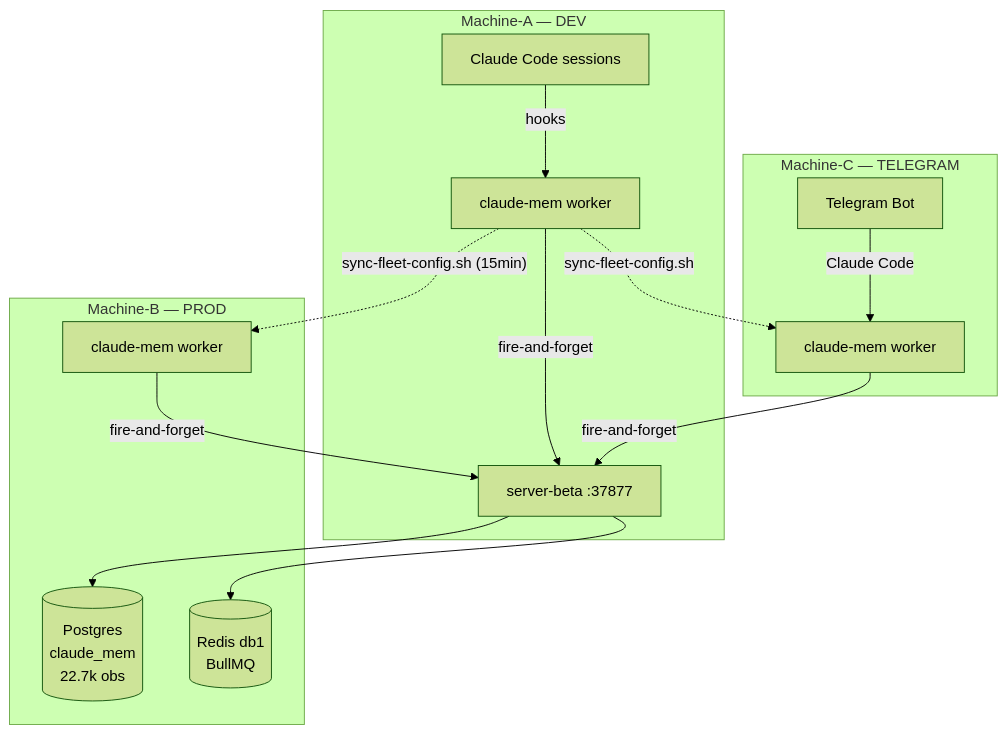
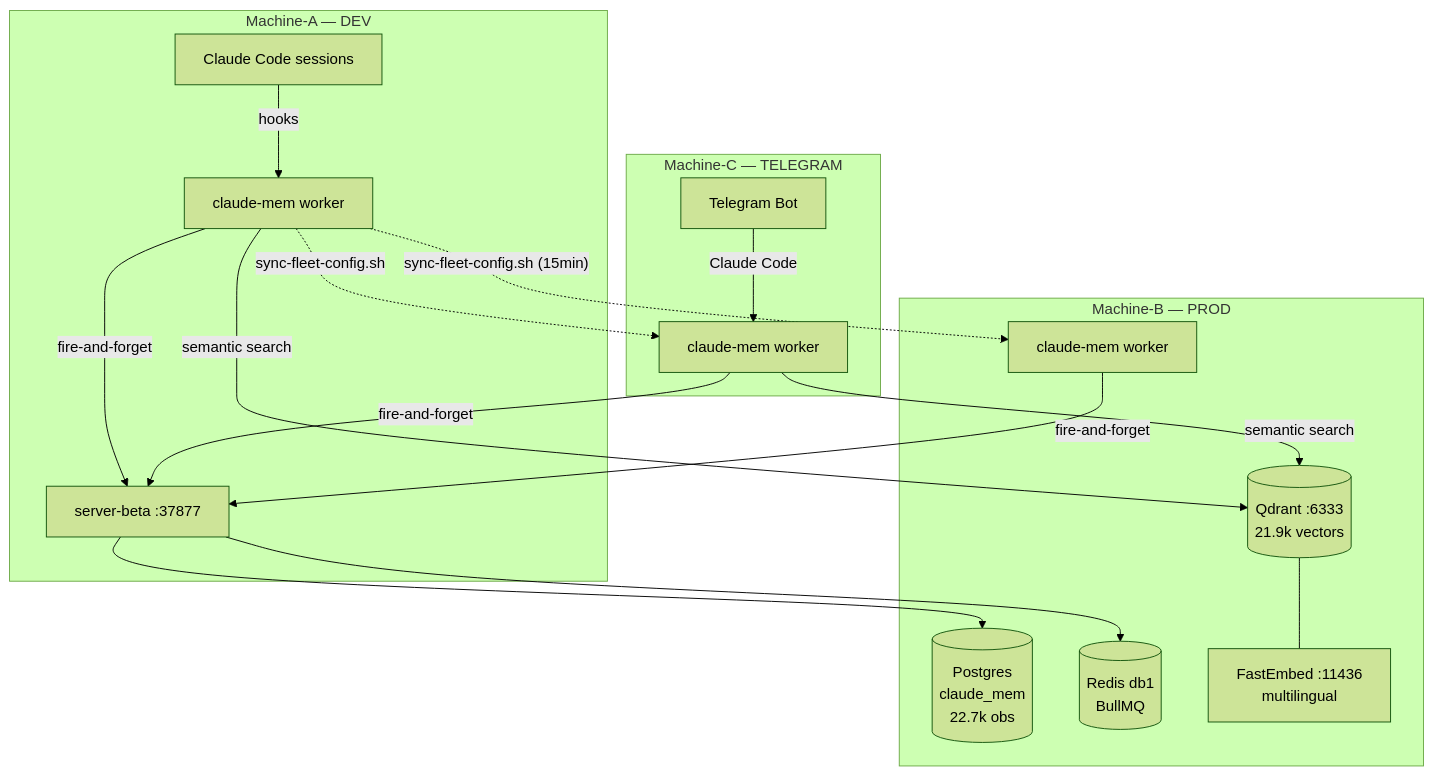
The first of 2 diagrams in README.md (alessandropcostabr/claude-mem-case-study), drawn with Mermaid (forest theme) before and after one commit. The commit also changed other lines of this file and 2 other files, not shown here.

First line of the commit message:
docs: add Chroma→Qdrant migration story and vector search evolution

````diff
--- a/README.md
+++ b/README.md
@@ -18,29 +18,34 @@
 ```mermaid
 graph TB
     subgraph Machine-A ["Machine-A — DEV"]
         W1[claude-mem worker]
         CC1[Claude Code sessions]
         CC1 -->|hooks| W1
         W1 -->|fire-and-forget| SB
     end
 
     subgraph Machine-B ["Machine-B — PROD"]
         SB["server-beta :37877"]
         PG[("Postgres\nclaude_mem\n22.7k obs")]
         RD[("Redis db1\nBullMQ")]
+        QD[("Qdrant :6333\n21.9k vectors")]
+        FE["FastEmbed :11436\nmultilingual"]
         W2[claude-mem worker]
         SB --> PG
         SB --> RD
         W2 -->|fire-and-forget| SB
+        QD --- FE
     end
 
     subgraph Machine-C ["Machine-C — TELEGRAM"]
         W3[claude-mem worker]
         TG[Telegram Bot]
         W3 -->|fire-and-forget| SB
         TG -->|Claude Code| W3
     end
 
     W1 -.->|"sync-fleet-config.sh (15min)"| W2
     W1 -.->|"sync-fleet-config.sh"| W3
+    W1 -->|"semantic search"| QD
+    W3 -->|"semantic search"| QD
 ```
````
